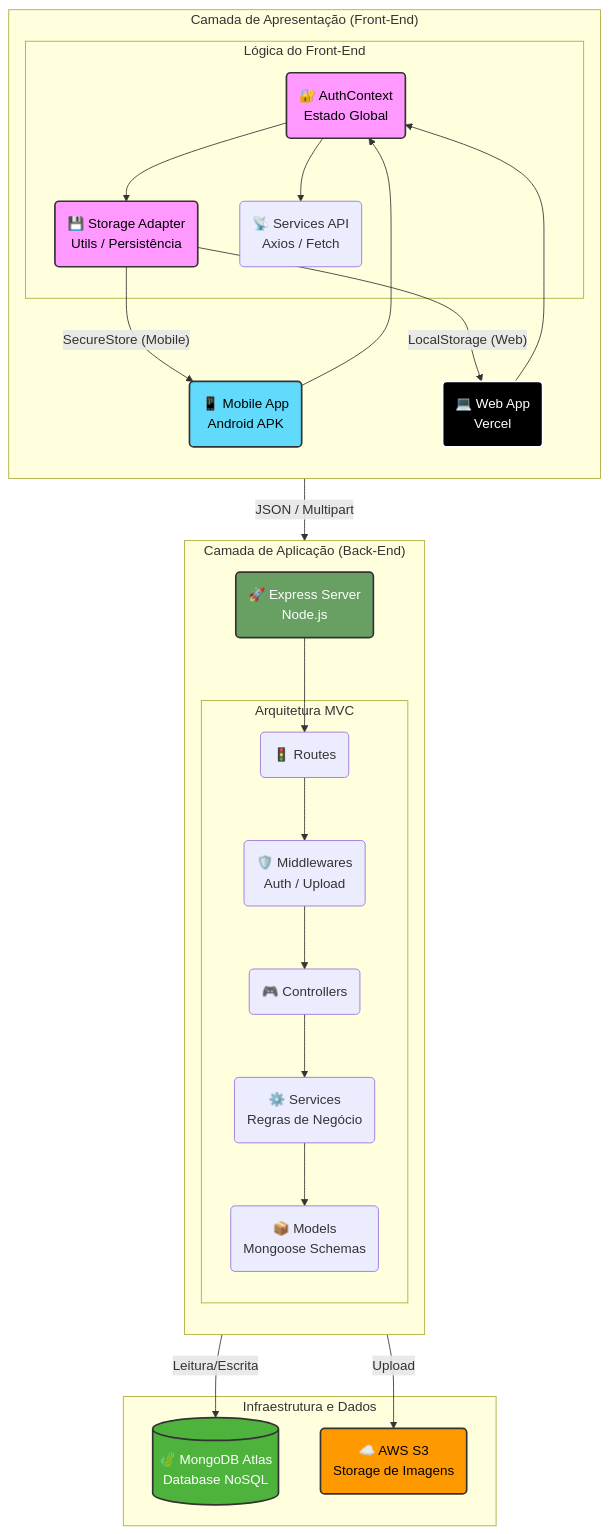
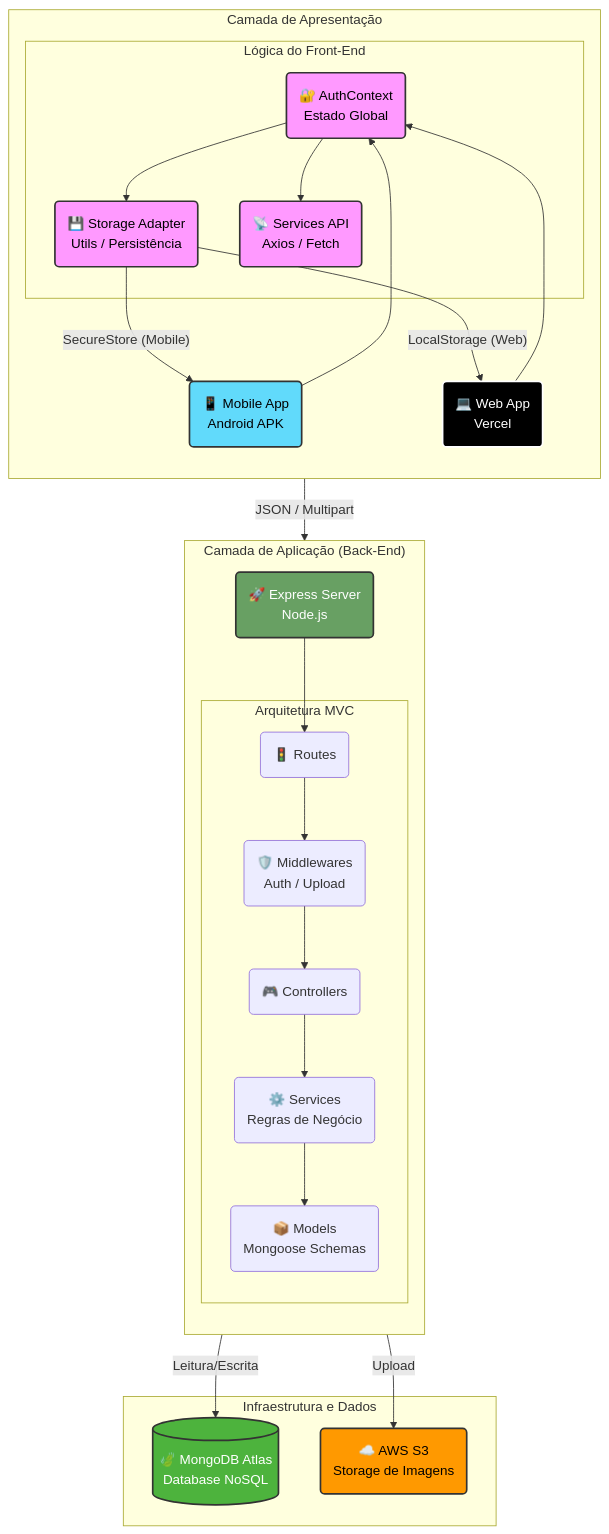
The first of 2 diagrams in README.md (RNanWP/TCC4-Learnify-RnMobile-FullStack), drawn with Mermaid before and after one commit.

Commit message:
Feat: Atualizando graph pela ultima vez, agora se ficar ruim ficou

````diff
--- a/README.md
+++ b/README.md
@@ -82,62 +82,62 @@
 ```mermaid
     graph TD
     %% Estilos dos nós
     classDef mobile fill:#61DAFB,stroke:#333,stroke-width:2px,color:black;
     classDef web fill:#000,stroke:#fff,stroke-width:2px,color:white;
     classDef backend fill:#68A063,stroke:#333,stroke-width:2px,color:white;
     classDef db fill:#4DB33D,stroke:#333,stroke-width:2px,color:white;
     classDef cloud fill:#FF9900,stroke:#333,stroke-width:2px,color:black;
     classDef context fill:#f9f,stroke:#333,stroke-width:2px,color:black;
 
-    subgraph Clientes ["Camada de Apresentação (Front-End)"]
+    subgraph Clientes ["       Camada de Apresentação "]
         direction TB
-        MobileApp(📱 Mobile App<br/>Android APK):::mobile
-        WebApp(💻 Web App<br/>Vercel):::web
+        MobileApp("      📱 Mobile App      <br/>Android APK"):::mobile
+        WebApp("      💻 Web App      <br/>Vercel"):::web
 
-        subgraph Core ["Lógica do Front-End"]
-            AuthContext(🔐 AuthContext<br/>Estado Global):::context
-            Storage(💾 Storage Adapter<br/>Utils / Persistência):::context
-            Axios(📡 Services API<br/>Axios / Fetch)
+        subgraph Core ["      Lógica do Front-End      "]
+            AuthContext("      🔐 AuthContext      <br/>Estado Global"):::context
+            Storage("      💾 Storage Adapter      <br/>Utils / Persistência"):::context
+            Axios("      📡 Services API      <br/>Axios / Fetch"):::context
         end
     end
 
-    subgraph Servidor ["Camada de Aplicação (Back-End)"]
+    subgraph Servidor ["       Camada de Aplicação (Back-End)       "]
         direction TB
-        API(🚀 Express Server<br/>Node.js):::backend
+        API("      🚀 Express Server      <br/>Node.js"):::backend
 
-        subgraph MVC ["Arquitetura MVC"]
-            Router(🚦 Routes)
-            Middlewares(🛡️ Middlewares<br/>Auth / Upload)
-            Controllers(🎮 Controllers)
-            Services(⚙️ Services<br/>Regras de Negócio)
-            Models(📦 Models<br/>Mongoose Schemas)
+        subgraph MVC ["      Arquitetura MVC      "]
+            Router("   🚦 Routes   ")
+            Middlewares("      🛡️ Middlewares      <br/>Auth / Upload")
+            Controllers("   🎮 Controllers   ")
+            Services("      ⚙️ Services      <br/>Regras de Negócio")
+            Models("      📦 Models      <br/>Mongoose Schemas")
         end
     end
 
-    subgraph Infra ["Infraestrutura e Dados"]
-        MongoDB[(🍃 MongoDB Atlas<br/>Database NoSQL)]:::db
-        AWS_S3(☁️ AWS S3<br/>Storage de Imagens):::cloud
+    subgraph Infra ["       Infraestrutura e Dados       "]
+        MongoDB[("      🍃 MongoDB Atlas      <br/>Database NoSQL")]:::db
+        AWS_S3("      ☁️ AWS S3      <br/>Storage de Imagens"):::cloud
     end
 
     %% Relacionamentos
     MobileApp --> AuthContext
     WebApp --> AuthContext
 
     AuthContext --> Storage
     AuthContext --> Axios
 
     Storage -- "SecureStore (Mobile)" --> MobileApp
     Storage -- "LocalStorage (Web)" --> WebApp
 
     Axios -- "JSON / Multipart" --> API
 
     API --> Router
     Router --> Middlewares
     Middlewares --> Controllers
 
     Controllers --> Services
     Services --> Models
 
     Models -- "Leitura/Escrita" --> MongoDB
     Middlewares -- "Upload" --> AWS_S3
 ```
````
